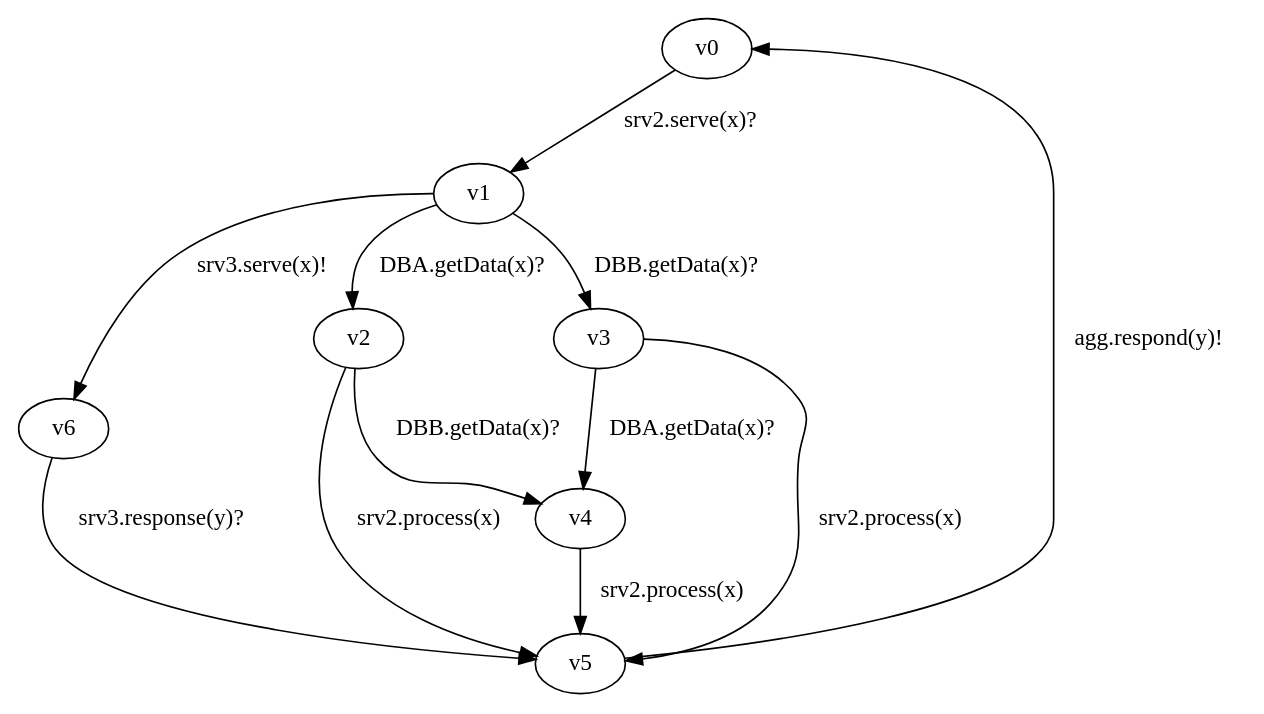
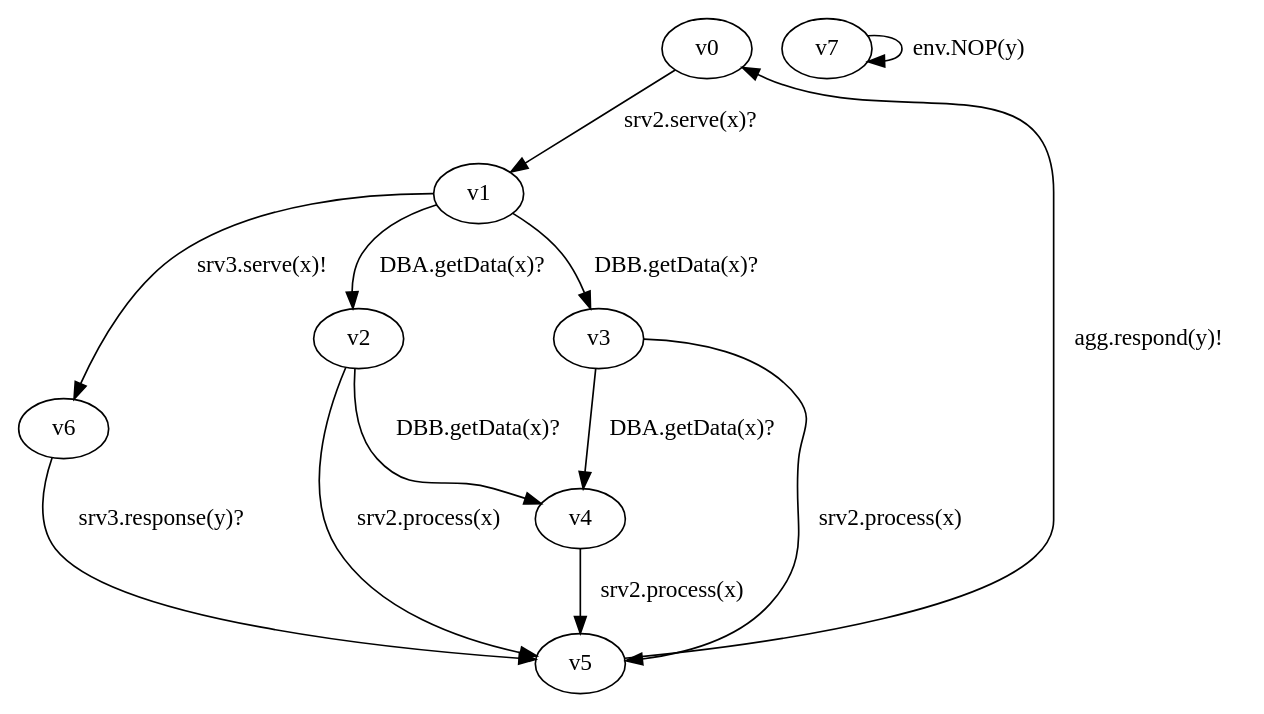
One commit to nargeskh/ControllerSynthesis changed the diagram in inputs/server2.dot. Above: the diagram before and after it, drawn with Graphviz. The commit also changed 89 other files, not shown here.

```diff
--- a/inputs/server2.dot
+++ b/inputs/server2.dot
@@ -1,3 +1,3 @@
 digraph { 
-v0->v1[label= "srv2.serve(x)?"];v1->v6[label= "srv3.serve(x)!"];v6->v5[label= "srv3.response(y)?"];v1->v2[label= "DBA.getData(x)?"];v1->v3[label= "DBB.getData(x)?"];v2->v4[label= "DBB.getData(x)?"];v3->v4[label= "DBA.getData(x)?"];v2->v5[label= "srv2.process(x)"];v3->v5[label= "srv2.process(x)"];v4->v5[label= "srv2.process(x)"];v5->v0[label= "agg.respond(y)!"];
+v0->v1[label= "srv2.serve(x)?"];v1->v6[label= "srv3.serve(x)!"];v6->v5[label= "srv3.response(y)?"];v1->v2[label= "DBA.getData(x)?"];v1->v3[label= "DBB.getData(x)?"];v2->v4[label= "DBB.getData(x)?"];v3->v4[label= "DBA.getData(x)?"];v2->v5[label= "srv2.process(x)"];v3->v5[label= "srv2.process(x)"];v4->v5[label= "srv2.process(x)"];v5->v0[label= "agg.respond(y)!"];v7->v7[label= "env.NOP(y)"];
 }
```
